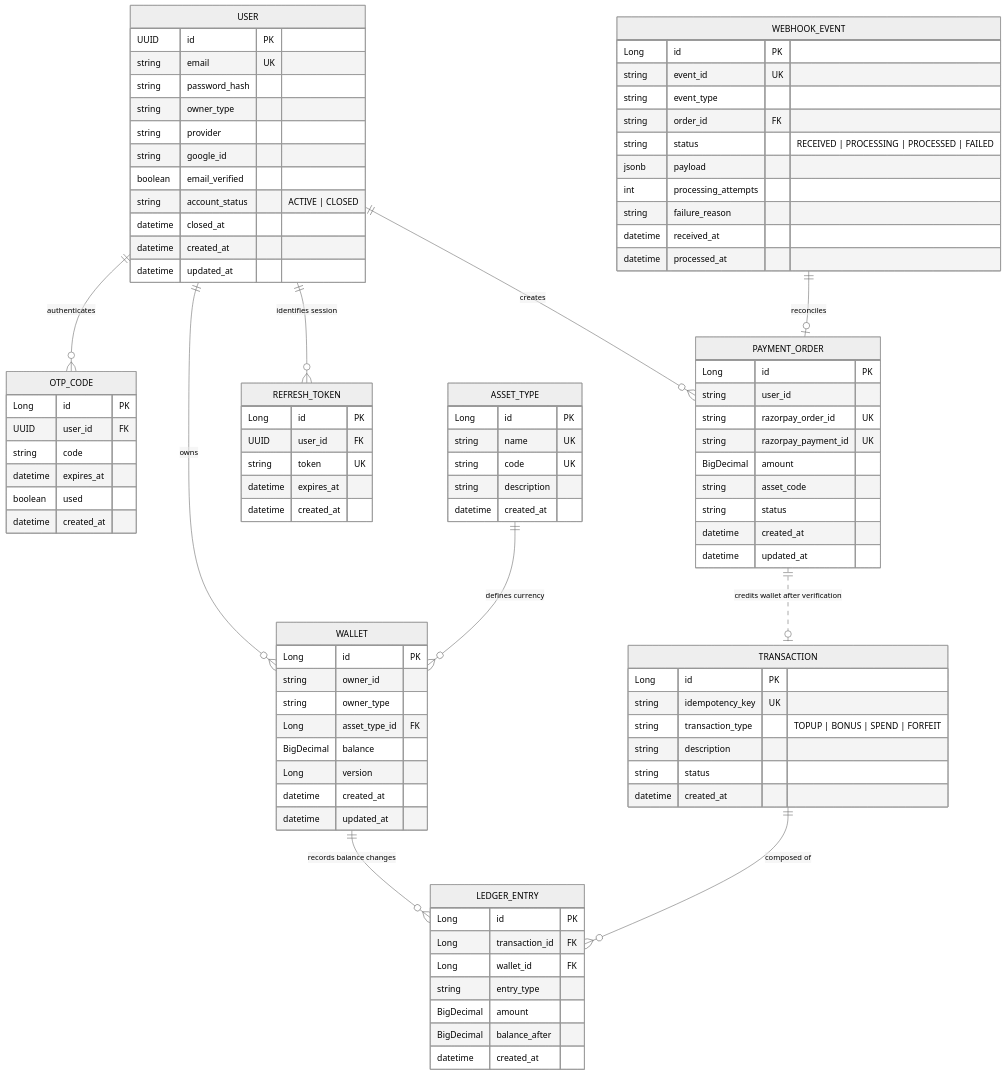
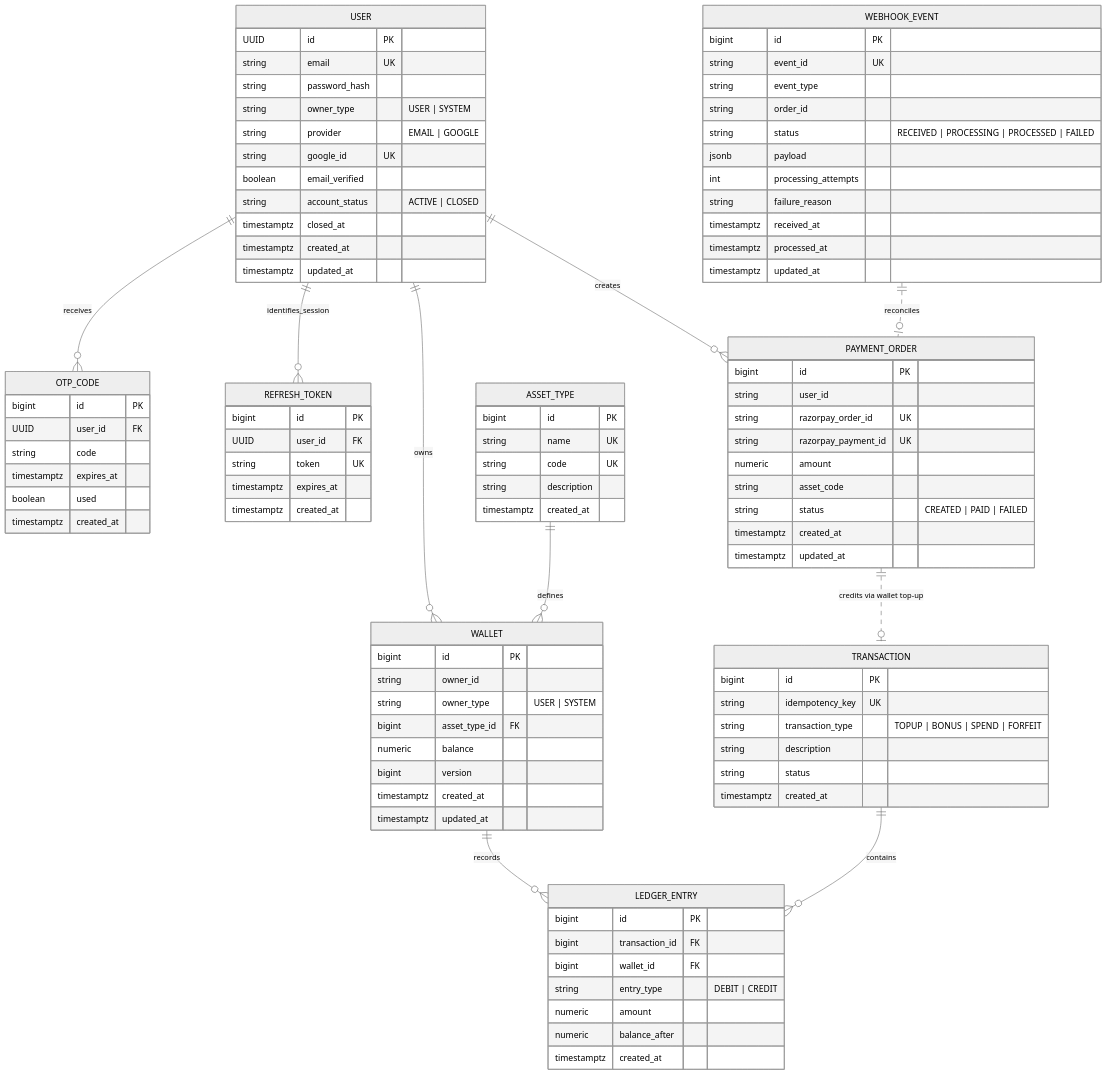
Before and after one commit to abhi01-01/Wallet-Service: the fifth of 15 diagrams in README.md, drawn with Mermaid (neutral theme). The commit also changed other lines of this file and 11 other files, not shown here.

````diff
--- a/README.md
+++ b/README.md
@@ -146,106 +475,107 @@
 ```mermaid
 erDiagram
-    USER ||--o{ WALLET : "owns"
-    USER ||--o{ OTP_CODE : "authenticates"
-    USER ||--o{ PAYMENT_ORDER : "creates"
-    USER ||--o{ REFRESH_TOKEN : "identifies session"
-    ASSET_TYPE ||--o{ WALLET : "defines currency"
-    WALLET ||--o{ LEDGER_ENTRY : "records balance changes"
-    TRANSACTION ||--o{ LEDGER_ENTRY : "composed of"
-    PAYMENT_ORDER ||..o| TRANSACTION : "credits wallet after verification"
-    WEBHOOK_EVENT ||--o| PAYMENT_ORDER : "reconciles"
+    USER ||--o{ OTP_CODE : receives
+    USER ||--o{ REFRESH_TOKEN : identifies_session
+    USER ||--o{ WALLET : owns
+    USER ||--o{ PAYMENT_ORDER : creates
+    ASSET_TYPE ||--o{ WALLET : defines
+    WALLET ||--o{ LEDGER_ENTRY : records
+    TRANSACTION ||--o{ LEDGER_ENTRY : contains
+    PAYMENT_ORDER ||..o| TRANSACTION : "credits via wallet top-up"
+    WEBHOOK_EVENT ||..o| PAYMENT_ORDER : reconciles
 
     USER {
         UUID id PK
         string email UK
         string password_hash
-        string owner_type
-        string provider
-        string google_id
+        string owner_type "USER | SYSTEM"
+        string provider "EMAIL | GOOGLE"
+        string google_id UK
         boolean email_verified
         string account_status "ACTIVE | CLOSED"
-        datetime closed_at
-        datetime created_at
-        datetime updated_at
+        timestamptz closed_at
+        timestamptz created_at
+        timestamptz updated_at
+    }
+
+    ASSET_TYPE {
+        bigint id PK
+        string name UK
+        string code UK
+        string description
+        timestamptz created_at
+    }
+
+    WALLET {
+        bigint id PK
+        string owner_id
+        string owner_type "USER | SYSTEM"
+        bigint asset_type_id FK
+        numeric balance
+        bigint version
+        timestamptz created_at
+        timestamptz updated_at
+    }
+
+    TRANSACTION {
+        bigint id PK
+        string idempotency_key UK
+        string transaction_type "TOPUP | BONUS | SPEND | FORFEIT"
+        string description
+        string status
+        timestamptz created_at
+    }
+
+    LEDGER_ENTRY {
+        bigint id PK
+        bigint transaction_id FK
+        bigint wallet_id FK
+        string entry_type "DEBIT | CREDIT"
+        numeric amount
+        numeric balance_after
+        timestamptz created_at
+    }
+
+    PAYMENT_ORDER {
+        bigint id PK
+        string user_id
+        string razorpay_order_id UK
+        string razorpay_payment_id UK
+        numeric amount
+        string asset_code
+        string status "CREATED | PAID | FAILED"
+        timestamptz created_at
+        timestamptz updated_at
     }
 
     WEBHOOK_EVENT {
-        Long id PK
+        bigint id PK
         string event_id UK
         string event_type
-        string order_id FK
+        string order_id
         string status "RECEIVED | PROCESSING | PROCESSED | FAILED"
         jsonb payload
         int processing_attempts
         string failure_reason
-        datetime received_at
-        datetime processed_at
+        timestamptz received_at
+        timestamptz processed_at
+        timestamptz updated_at
+    }
+
+    OTP_CODE {
+        bigint id PK
+        UUID user_id FK
+        string code
+        timestamptz expires_at
+        boolean used
+        timestamptz created_at
     }
 
     REFRESH_TOKEN {
-        Long id PK
+        bigint id PK
         UUID user_id FK
         string token UK
-        datetime expires_at
-        datetime created_at
-    }
-
-    WALLET {
-        Long id PK
-        string owner_id
-        string owner_type
-        Long asset_type_id FK
-        BigDecimal balance
-        Long version
-        datetime created_at
-        datetime updated_at
-    }
-
-    ASSET_TYPE {
-        Long id PK
-        string name UK
-        string code UK
-        string description
-        datetime created_at
-    }
-
-    PAYMENT_ORDER {
-        Long id PK
-        string user_id
-        string razorpay_order_id UK
-        string razorpay_payment_id UK
-        BigDecimal amount
-        string asset_code
-        string status
-        datetime created_at
-        datetime updated_at
-    }
-
-    TRANSACTION {
-        Long id PK
-        string idempotency_key UK
-        string transaction_type "TOPUP | BONUS | SPEND | FORFEIT"
-        string description
-        string status
-        datetime created_at
-    }
-
-    LEDGER_ENTRY {
-        Long id PK
-        Long transaction_id FK
-        Long wallet_id FK
-        string entry_type
-        BigDecimal amount
-        BigDecimal balance_after
-        datetime created_at
-    }
-
-    OTP_CODE {
-        Long id PK
-        UUID user_id FK
-        string code
-        datetime expires_at
-        boolean used
-        datetime created_at
+        timestamptz expires_at
+        timestamptz created_at
     }
 ```
````
